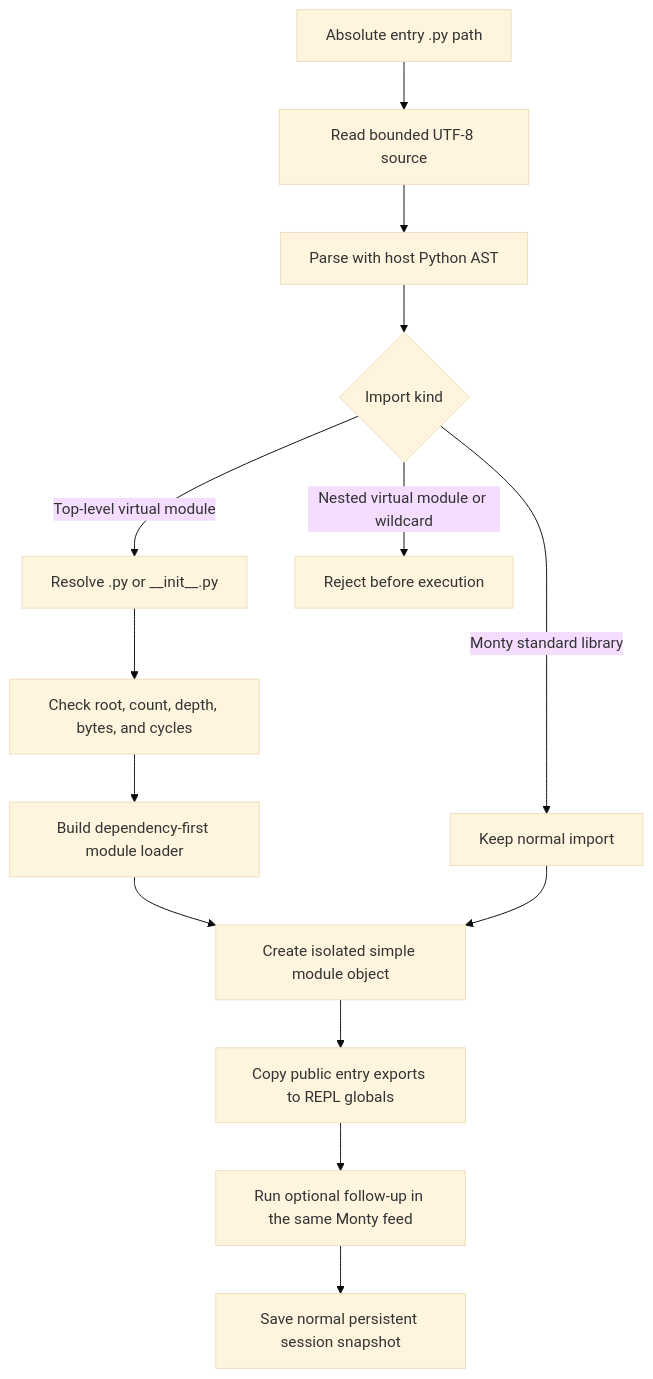
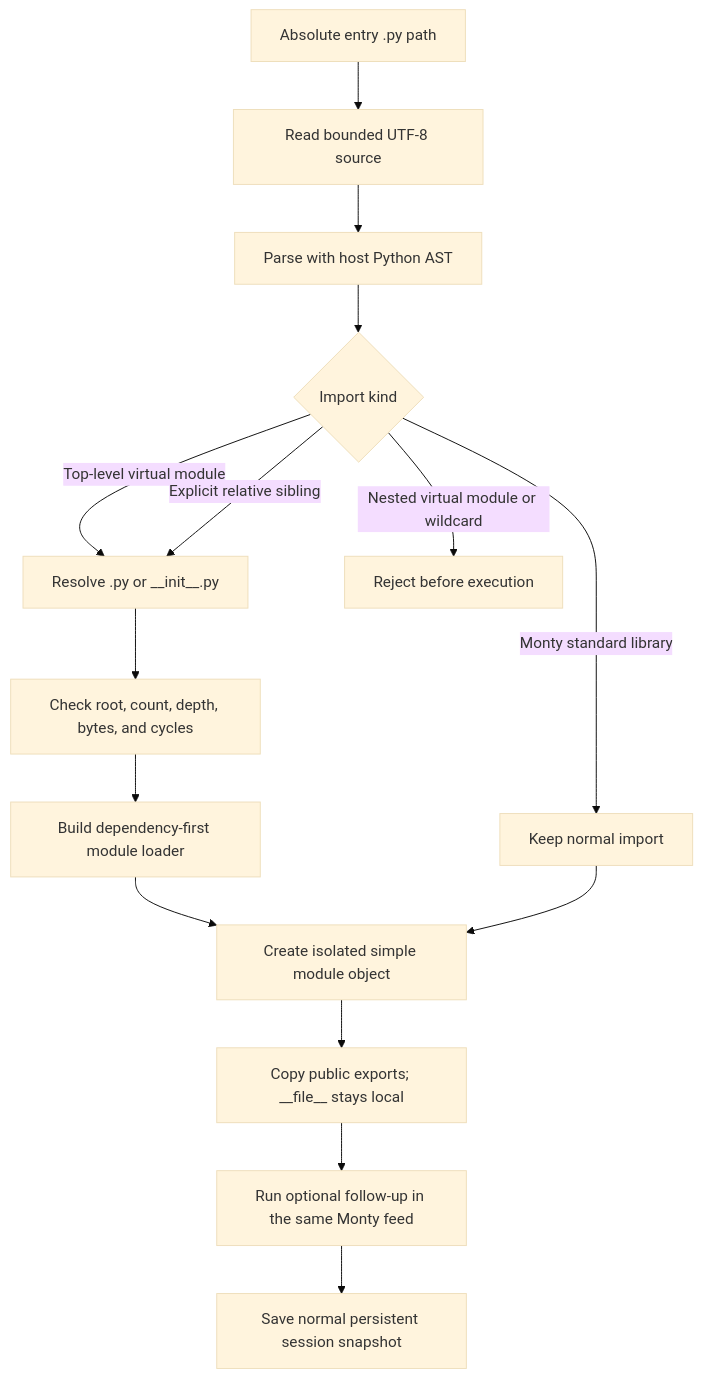
Before and after one commit to sgaseretto/arenero: the diagram in docs/virtual-modules.md, drawn with Mermaid (base theme). The commit also changed other lines of this file and 23 other files, not shown here.

````diff
--- a/docs/virtual-modules.md
+++ b/docs/virtual-modules.md
@@ -55,16 +55,17 @@
 ```mermaid
 flowchart TD
     Entry["Absolute entry .py path"] --> Read["Read bounded UTF-8 source"]
     Read --> Parse["Parse with host Python AST"]
     Parse --> Imports{"Import kind"}
     Imports -->|Monty standard library| Keep["Keep normal import"]
     Imports -->|Top-level virtual module| Resolve["Resolve .py or __init__.py"]
+    Imports -->|Explicit relative sibling| Resolve
     Imports -->|Nested virtual module or wildcard| Reject["Reject before execution"]
     Resolve --> Limits["Check root, count, depth, bytes, and cycles"]
     Limits --> Dependency["Build dependency-first module loader"]
     Dependency --> Namespace["Create isolated simple module object"]
     Keep --> Namespace
-    Namespace --> Exports["Copy public entry exports to REPL globals"]
+    Namespace --> Exports["Copy public exports; __file__ stays local"]
     Exports --> Followup["Run optional follow-up in the same Monty feed"]
     Followup --> Snapshot["Save normal persistent session snapshot"]
 ```
````
